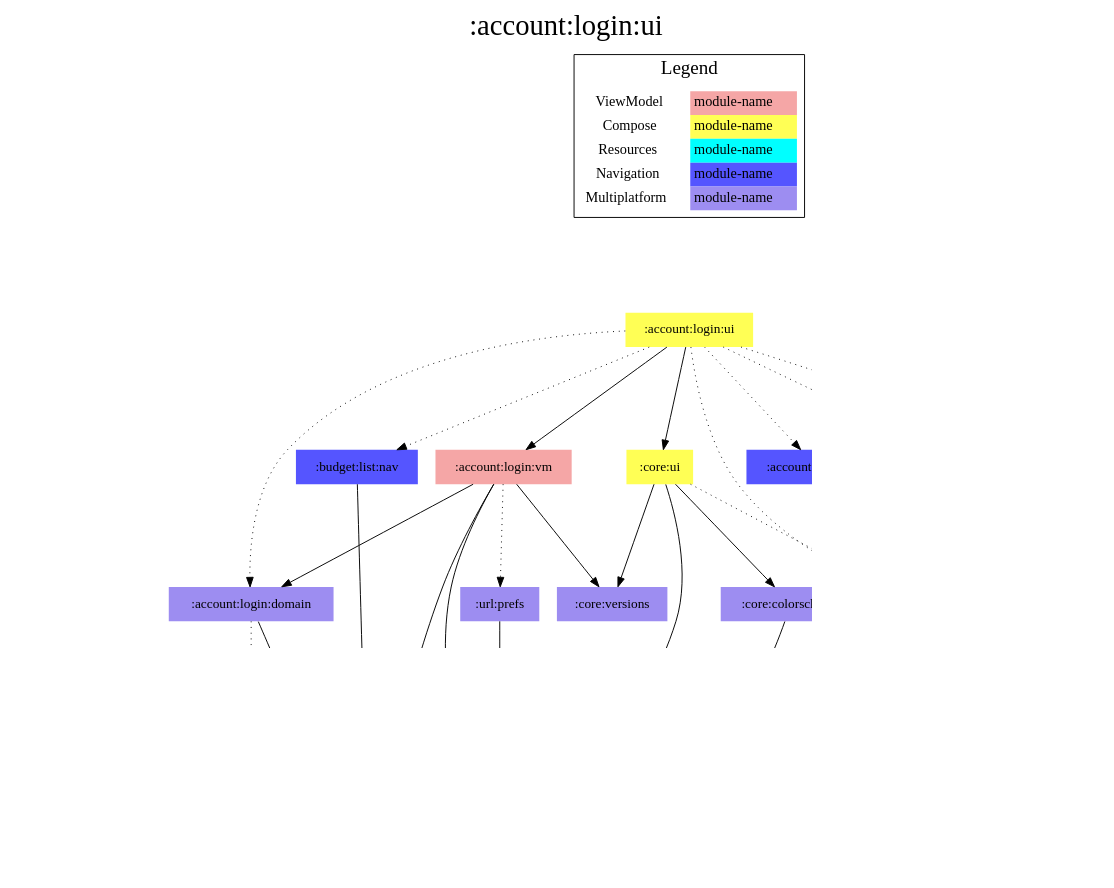
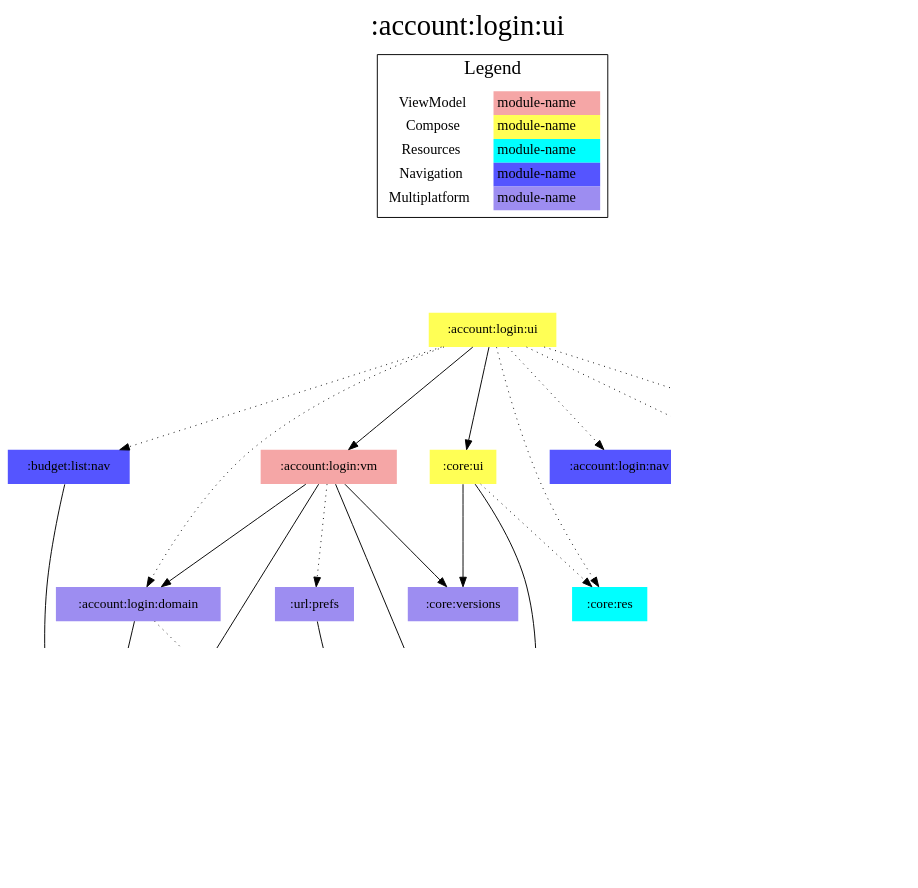
The diagram in modules/account/login/ui/modules.dot (jonapoul/aktual), drawn with Graphviz before and after one commit. The commit also changed 36 other files, not shown here.

Commit message:
core:colorscheme -> prefs

```diff
--- a/modules/account/login/ui/modules.dot
+++ b/modules/account/login/ui/modules.dot
@@ -1,65 +1,62 @@
 digraph {
 edge ["dir"="forward"]
 graph ["dpi"="100","label"=":account:login:ui","labelloc"="t","fontsize"="30","ranksep"="1.5","rankdir"="TB"]
 node ["style"="filled"]
 ":account:login:domain" ["fillcolor"="#9D8DF1","shape"="none"]
 ":account:login:nav" ["fillcolor"="#5555FF","shape"="none"]
 ":account:login:res" ["fillcolor"="#00FFFF","shape"="none"]
 ":account:login:ui" ["fillcolor"="#FFFF55","shape"="none"]
 ":account:login:vm" ["fillcolor"="#F5A6A6","shape"="none"]
 ":account:model" ["fillcolor"="#9D8DF1","shape"="none"]
 ":api:actual" ["fillcolor"="#9D8DF1","shape"="none"]
 ":budget:list:nav" ["fillcolor"="#5555FF","shape"="none"]
 ":budget:model" ["fillcolor"="#9D8DF1","shape"="none"]
 ":codegen:annotation" ["fillcolor"="#9D8DF1","shape"="none"]
-":core:colorscheme" ["fillcolor"="#9D8DF1","shape"="none"]
 ":core:model" ["fillcolor"="#9D8DF1","shape"="none"]
 ":core:res" ["fillcolor"="#00FFFF","shape"="none"]
 ":core:ui" ["fillcolor"="#FFFF55","shape"="none"]
 ":core:versions" ["fillcolor"="#9D8DF1","shape"="none"]
 ":url:nav" ["fillcolor"="#5555FF","shape"="none"]
 ":url:prefs" ["fillcolor"="#9D8DF1","shape"="none"]
 {
 edge ["dir"="none"]
 graph ["rank"="same"]
 }
 ":account:login:domain" -> ":account:model"
 ":account:login:domain" -> ":api:actual" ["style"="dotted"]
 ":account:login:ui" -> ":account:login:domain" ["style"="dotted"]
 ":account:login:ui" -> ":account:login:nav" ["style"="dotted"]
 ":account:login:ui" -> ":account:login:res" ["style"="dotted"]
 ":account:login:ui" -> ":account:login:vm"
 ":account:login:ui" -> ":budget:list:nav" ["style"="dotted"]
 ":account:login:ui" -> ":core:res" ["style"="dotted"]
 ":account:login:ui" -> ":core:ui"
 ":account:login:ui" -> ":url:nav" ["style"="dotted"]
 ":account:login:vm" -> ":account:login:domain"
 ":account:login:vm" -> ":account:model"
 ":account:login:vm" -> ":core:model"
 ":account:login:vm" -> ":core:versions"
 ":account:login:vm" -> ":url:prefs" ["style"="dotted"]
 ":api:actual" -> ":account:model"
 ":api:actual" -> ":budget:model"
 ":api:actual" -> ":codegen:annotation" ["style"="dotted"]
 ":api:actual" -> ":core:model"
 ":budget:list:nav" -> ":account:model"
-":core:colorscheme" -> ":core:model"
-":core:ui" -> ":core:colorscheme"
 ":core:ui" -> ":core:model"
 ":core:ui" -> ":core:res" ["style"="dotted"]
 ":core:ui" -> ":core:versions"
 ":url:prefs" -> ":core:model"
 subgraph "cluster_legend" {
 edge ["dir"="none"]
 graph ["label"="Legend","fontsize"="20"]
 "Legend" ["style"="filled","fillcolor"="#FFFFFF","shape"="none","margin"="0","fontsize"="15","label"=<
 <TABLE BORDER="0" CELLBORDER="0" CELLSPACING="0" CELLPADDING="4">
 <TR><TD>ViewModel</TD><TD BGCOLOR="#F5A6A6">module-name</TD></TR>
 <TR><TD>Compose</TD><TD BGCOLOR="#FFFF55">module-name</TD></TR>
 <TR><TD>Resources</TD><TD BGCOLOR="#00FFFF">module-name</TD></TR>
 <TR><TD>Navigation</TD><TD BGCOLOR="#5555FF">module-name</TD></TR>
 <TR><TD>Multiplatform</TD><TD BGCOLOR="#9D8DF1">module-name</TD></TR>
 </TABLE>
 >]
 } -> ":account:login:ui" ["style"="invis"]
 }
```
